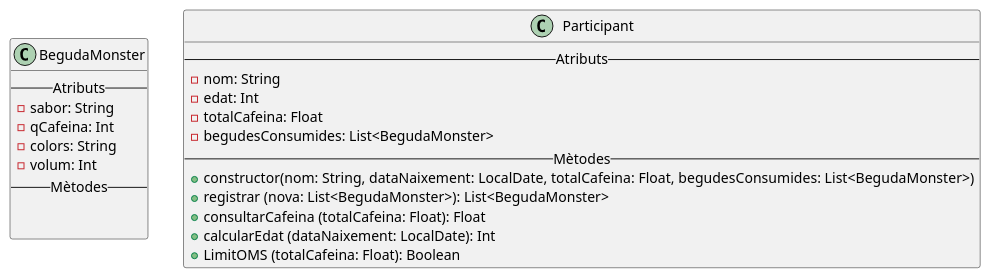
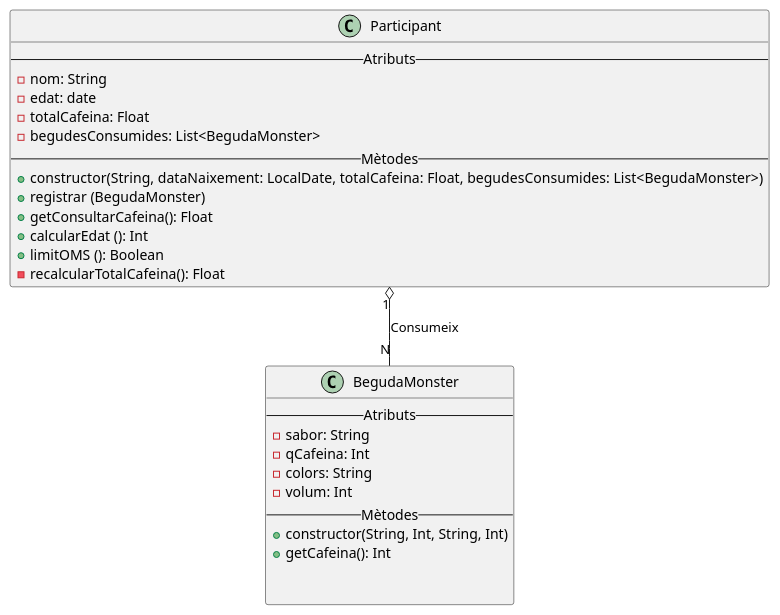
Before and after one commit to Guillermo-Mir/DissenyDiagrames: the diagram in src/main/kotlin/uml/Ex3.puml, drawn with PlantUML. The commit also changed 10 other files, not shown here.

```diff
--- a/src/main/kotlin/uml/Ex3.puml
+++ b/src/main/kotlin/uml/Ex3.puml
@@ -1,29 +1,34 @@
 @startuml
 'https://plantuml.com/class-diagram
 
 class BegudaMonster {
     -- Atributs --
     - sabor: String
     - qCafeina: Int
     - colors: String
     - volum: Int
     -- Mètodes --
+    + constructor(String, Int, String, Int)
+    + getCafeina(): Int
 
 
 }
 
 class Participant {
     -- Atributs --
     - nom: String
-    - edat: Int
+    - edat: date
     - totalCafeina: Float
     - begudesConsumides: List<BegudaMonster>
     -- Mètodes --
-    + constructor(nom: String, dataNaixement: LocalDate, totalCafeina: Float,  begudesConsumides: List<BegudaMonster>)
-    + registrar (nova: List<BegudaMonster>): List<BegudaMonster>
-    + consultarCafeina (totalCafeina: Float): Float
-    + calcularEdat (dataNaixement: LocalDate): Int
-    + LimitOMS (totalCafeina: Float): Boolean
+    + constructor(String, dataNaixement: LocalDate, totalCafeina: Float,  begudesConsumides: List<BegudaMonster>)
+    + registrar (BegudaMonster)
+    + getConsultarCafeina(): Float
+    + calcularEdat (): Int
+    + limitOMS (): Boolean
+    - recalcularTotalCafeina(): Float
 }
+Participant "1" o-down- "N" BegudaMonster: Consumeix
+
 
 @enduml
```
